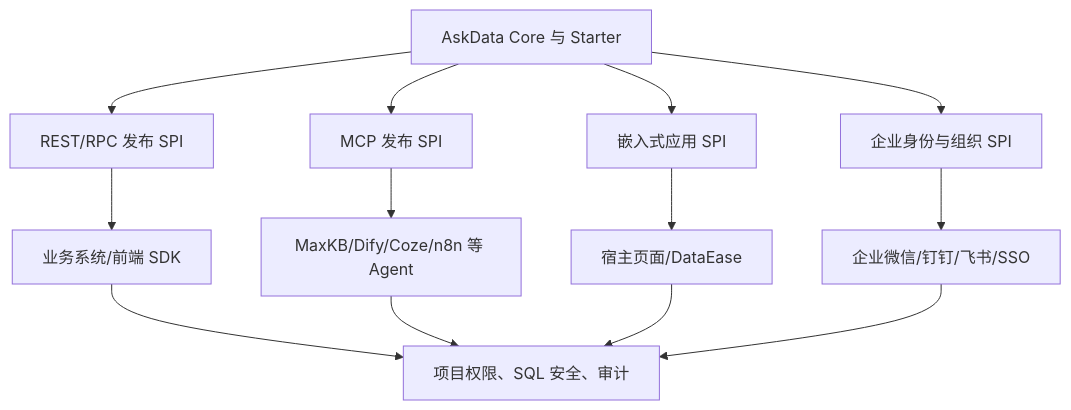
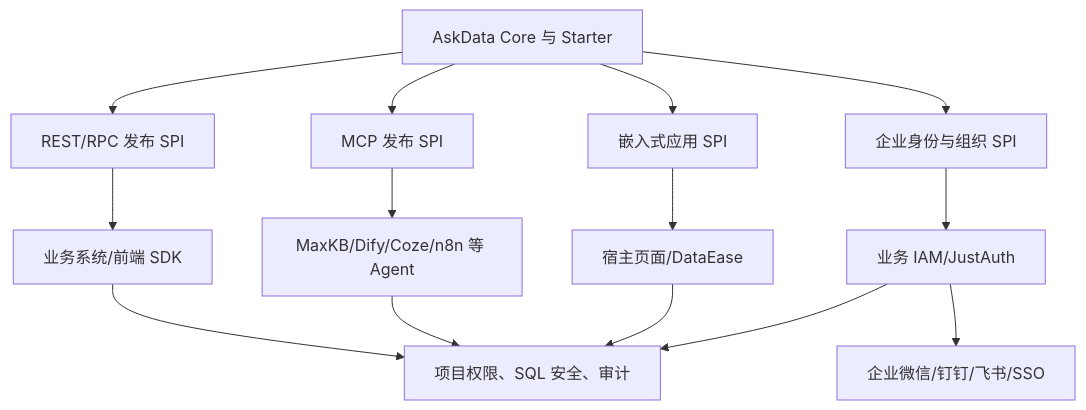
Before and after one commit to xiongx9527/java-framework: the eighth of 8 diagrams in docs/askdata/starter/flow-diagrams.md, drawn with Mermaid. The commit also changed 7 other files, not shown here.

````diff
--- a/docs/askdata/starter/flow-diagrams.md
+++ b/docs/askdata/starter/flow-diagrams.md
@@ -124,15 +124,16 @@
 ```mermaid
 flowchart TB
     Core[AskData Core 与 Starter] --> API[REST/RPC 发布 SPI]
     Core --> MCP[MCP 发布 SPI]
     Core --> Embed[嵌入式应用 SPI]
     Core --> Enterprise[企业身份与组织 SPI]
     API --> Client[业务系统/前端 SDK]
     MCP --> Agent[MaxKB/Dify/Coze/n8n 等 Agent]
     Embed --> Host[宿主页面/DataEase]
-    Enterprise --> IdP[企业微信/钉钉/飞书/SSO]
+    Enterprise --> IdP[业务 IAM/JustAuth]
+    IdP --> Platforms[企业微信/钉钉/飞书/SSO]
     Client --> Guard[项目权限、SQL 安全、审计]
     Agent --> Guard
     Host --> Guard
     IdP --> Guard
 ```
````
